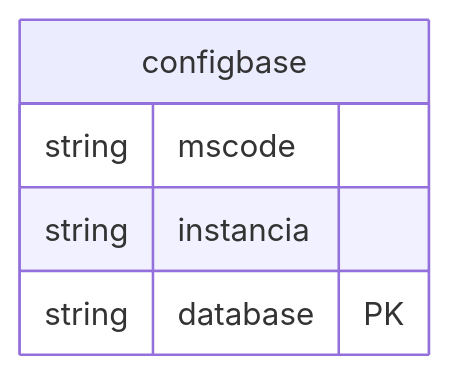
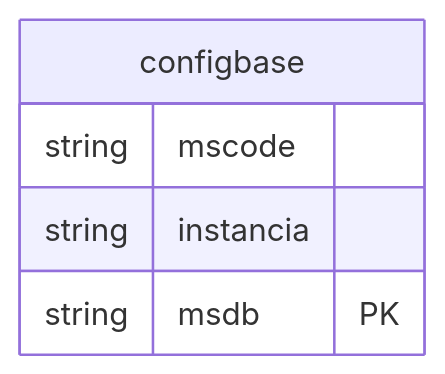
One commit to Dejavu75/se_configbase changed the diagram in Doc/Databases/Generic DataHolder/configbase.mmd. Above: the diagram before and after it, drawn with Mermaid.

```diff
--- a/Doc/Databases/Generic DataHolder/configbase.mmd
+++ b/Doc/Databases/Generic DataHolder/configbase.mmd
@@ -1,7 +1,7 @@
 erDiagram
 
 configbase {
     string mscode
     string instancia
-    string database PK
+    string msdb PK
 }
```
